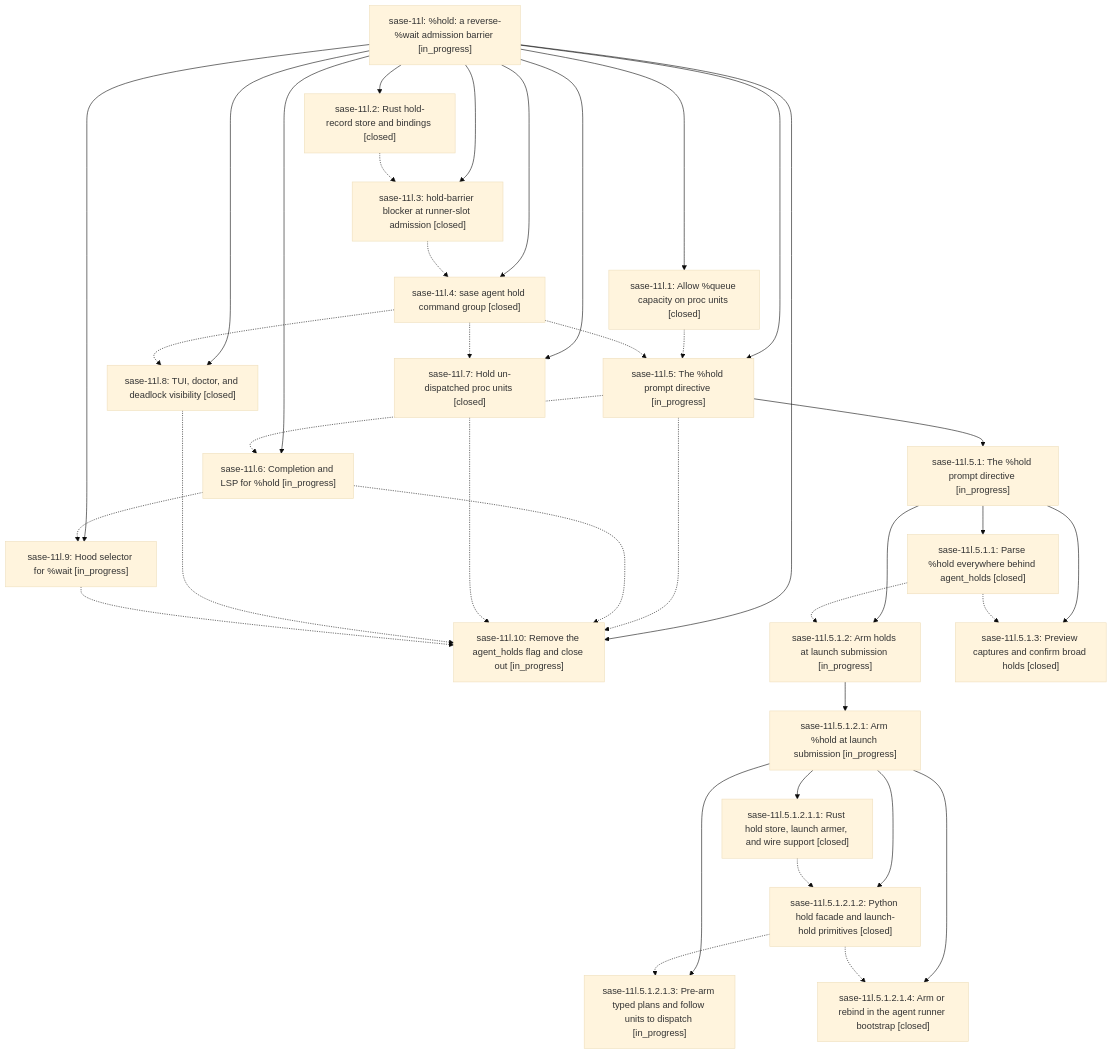
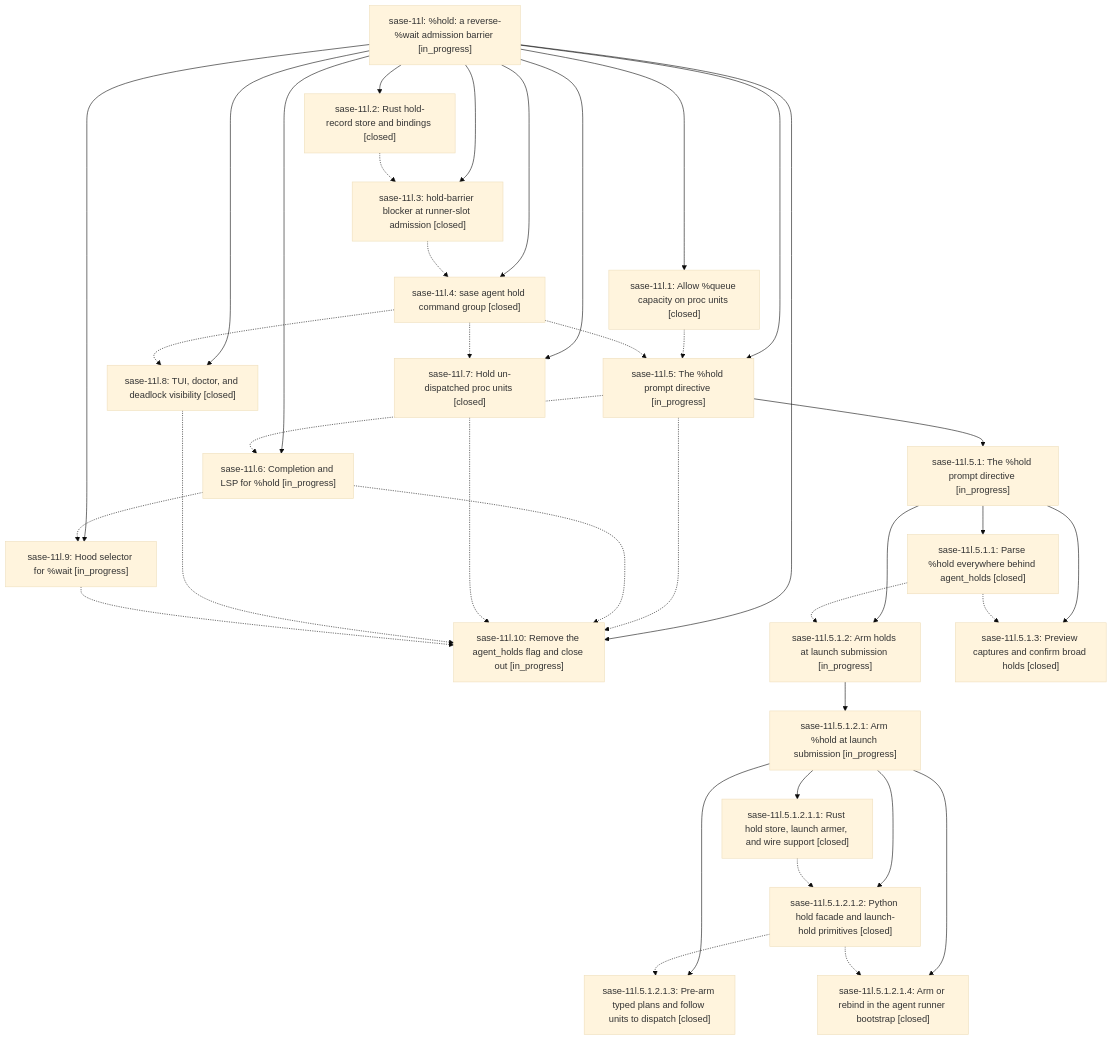
One commit to sase-org/sase--beads changed the diagram in pages/sase-11l/README.md. Above: the diagram before and after it, drawn with Mermaid (base theme). The commit also changed other lines of this file and 3 other files, not shown here.

````diff
--- a/pages/sase-11l/README.md
+++ b/pages/sase-11l/README.md
@@ -43,60 +43,60 @@
 ```mermaid
 flowchart TD
     n0["sase-11l: %hold: a reverse-%wait admission barrier [in_progress]"]
     n1["sase-11l.1: Allow %queue capacity on proc units [closed]"]
     n2["sase-11l.10: Remove the agent_holds flag and close out [in_progress]"]
     n3["sase-11l.2: Rust hold-record store and bindings [closed]"]
     n4["sase-11l.3: hold-barrier blocker at runner-slot admission [closed]"]
     n5["sase-11l.4: sase agent hold command group [closed]"]
     n6["sase-11l.5: The %hold prompt directive [in_progress]"]
     n7["sase-11l.5.1: The %hold prompt directive [in_progress]"]
     n8["sase-11l.5.1.1: Parse %hold everywhere behind agent_holds [closed]"]
     n9["sase-11l.5.1.2: Arm holds at launch submission [in_progress]"]
     n10["sase-11l.5.1.2.1: Arm %hold at launch submission [in_progress]"]
     n11["sase-11l.5.1.2.1.1: Rust hold store, launch armer, and wire support [closed]"]
     n12["sase-11l.5.1.2.1.2: Python hold facade and launch-hold primitives [closed]"]
-    n13["sase-11l.5.1.2.1.3: Pre-arm typed plans and follow units to dispatch [in_progress]"]
+    n13["sase-11l.5.1.2.1.3: Pre-arm typed plans and follow units to dispatch [closed]"]
     n14["sase-11l.5.1.2.1.4: Arm or rebind in the agent runner bootstrap [closed]"]
     n15["sase-11l.5.1.3: Preview captures and confirm broad holds [closed]"]
     n16["sase-11l.6: Completion and LSP for %hold [in_progress]"]
     n17["sase-11l.7: Hold un-dispatched proc units [closed]"]
     n18["sase-11l.8: TUI, doctor, and deadlock visibility [closed]"]
     n19["sase-11l.9: Hood selector for %wait [in_progress]"]
     n0 --> n1
     n0 --> n2
     n0 --> n3
     n0 --> n4
     n0 --> n5
     n0 --> n6
     n6 --> n7
     n7 --> n8
     n7 --> n9
     n9 --> n10
     n10 --> n11
     n10 --> n12
     n10 --> n13
     n10 --> n14
     n7 --> n15
     n0 --> n16
     n0 --> n17
     n0 --> n18
     n0 --> n19
     n1 -.-> n6
     n3 -.-> n4
     n4 -.-> n5
     n5 -.-> n6
     n5 -.-> n17
     n5 -.-> n18
     n6 -.-> n2
     n6 -.-> n16
     n8 -.-> n9
     n8 -.-> n15
     n11 -.-> n12
     n12 -.-> n13
     n12 -.-> n14
     n16 -.-> n2
     n16 -.-> n19
     n17 -.-> n2
     n18 -.-> n2
     n19 -.-> n2
 ```
````
